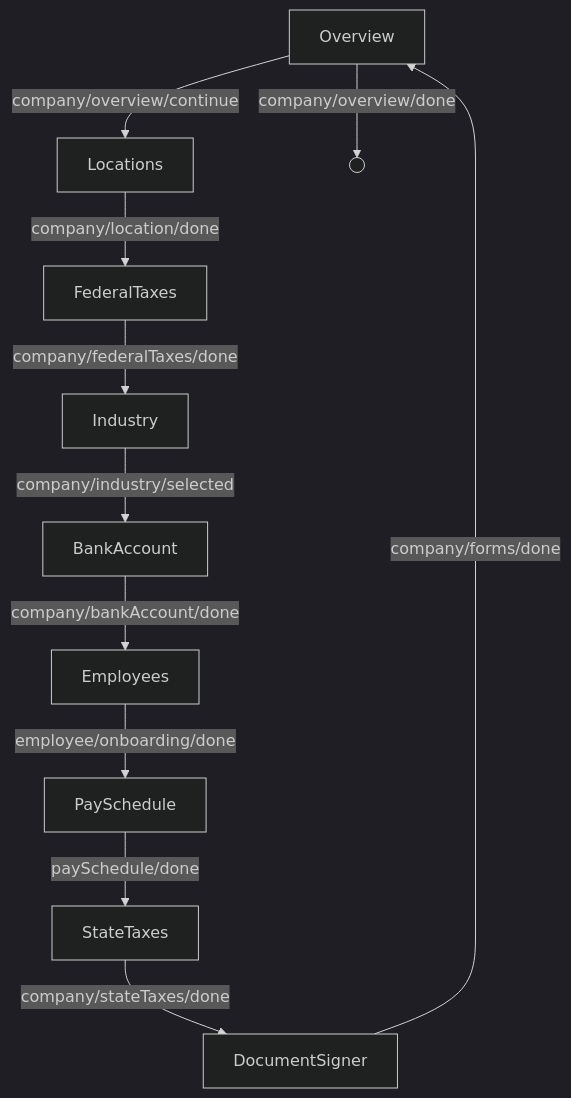
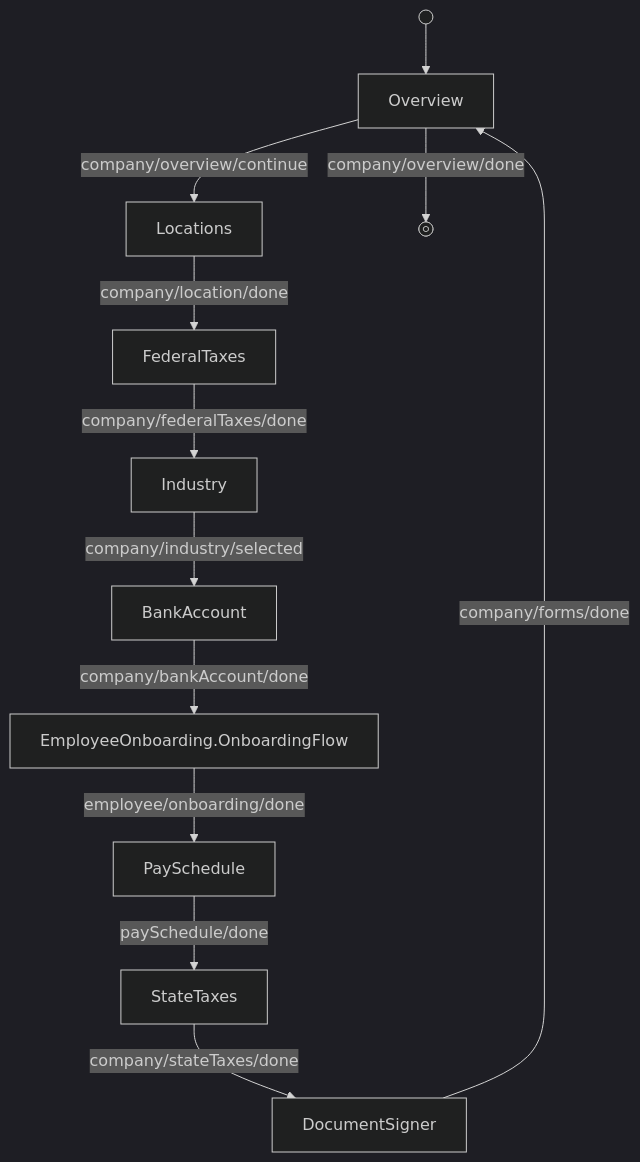
One commit to Gusto/embedded-react-sdk changed the diagram in src/components/Company/OnboardingFlow/GUIDE.md. Above: the diagram before and after it, drawn with Mermaid (dark theme). The commit also changed other lines of this file and 1 other file, not shown here.

Commit message:
docs(company): refine company onboarding step diagram
Trim surrounding prose, label the Employees step with its real namespace
(EmployeeOnboarding.OnboardingFlow) in both the diagram and @components tag,
and add wordless start/stop markers (sm-circ -> fr-circ).

````diff
--- a/src/components/Company/OnboardingFlow/GUIDE.md
+++ b/src/components/Company/OnboardingFlow/GUIDE.md
@@ -11,13 +9,14 @@
 ```mermaid
 flowchart
+  start@{ shape: sm-circ } --> Overview
   Overview -->|"company/overview/continue"| Locations
   Locations -->|"company/location/done"| FederalTaxes
   FederalTaxes -->|"company/federalTaxes/done"| Industry
   Industry -->|"company/industry/selected"| BankAccount
-  BankAccount -->|"company/bankAccount/done"| Employees
+  BankAccount -->|"company/bankAccount/done"| Employees["EmployeeOnboarding.OnboardingFlow"]
   Employees -->|"employee/onboarding/done"| PaySchedule
   PaySchedule -->|"paySchedule/done"| StateTaxes
   StateTaxes -->|"company/stateTaxes/done"| DocumentSigner
   DocumentSigner -->|"company/forms/done"| Overview
-  Overview -->|"company/overview/done"| done(( ))
+  Overview -->|"company/overview/done"| done@{ shape: fr-circ, label: " " }
 ```
````
